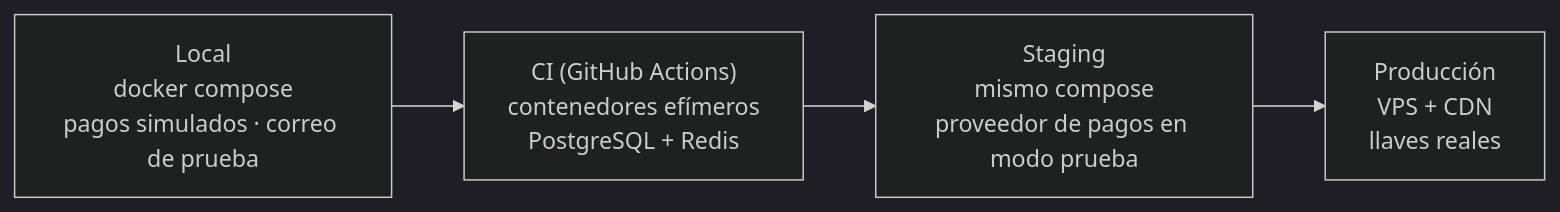
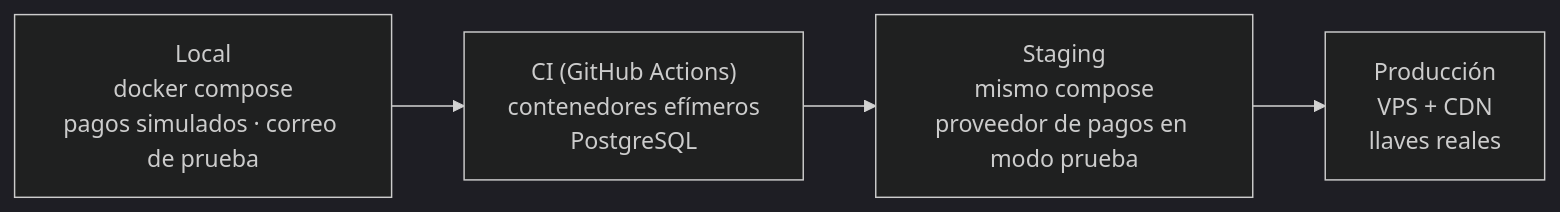
The second of 2 diagrams in docs/arquitectura/04-vista-fisica.md (Kevrc/festival-artes-vivas-loja), drawn with Mermaid (dark theme) before and after one commit. The commit also changed other lines of this file and 5 other files, not shown here.

Commit message:
docs(arquitectura): reflejar la cola en PostgreSQL y enlazar drivers en las vistas

````diff
--- a/docs/arquitectura/04-vista-fisica.md
+++ b/docs/arquitectura/04-vista-fisica.md
@@ -69,6 +67,6 @@
 ```mermaid
 flowchart LR
-    DEV["Local<br/>docker compose<br/>pagos simulados · correo de prueba"] --> CI["CI (GitHub Actions)<br/>contenedores efímeros<br/>PostgreSQL + Redis"]
+    DEV["Local<br/>docker compose<br/>pagos simulados · correo de prueba"] --> CI["CI (GitHub Actions)<br/>contenedores efímeros<br/>PostgreSQL"]
     CI --> STG["Staging<br/>mismo compose<br/>proveedor de pagos en modo prueba"]
     STG --> PRD["Producción<br/>VPS + CDN<br/>llaves reales"]
 ```
````
